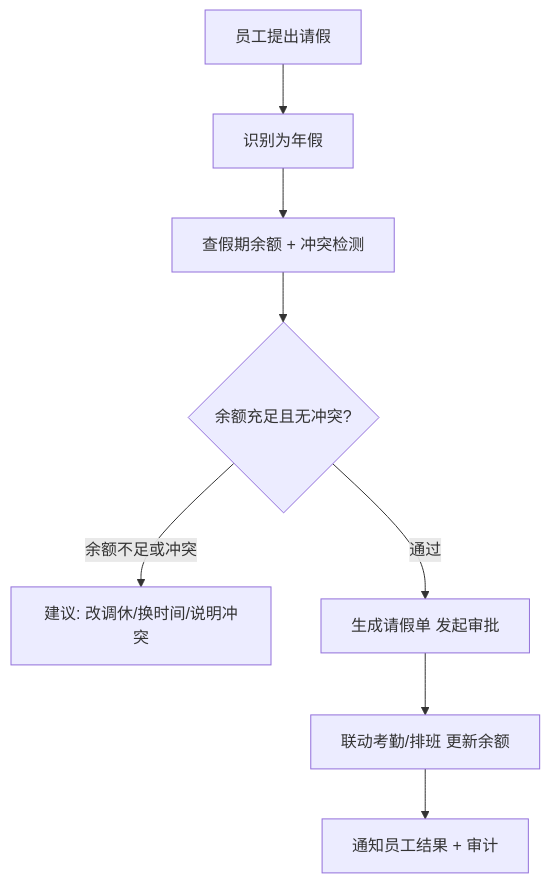
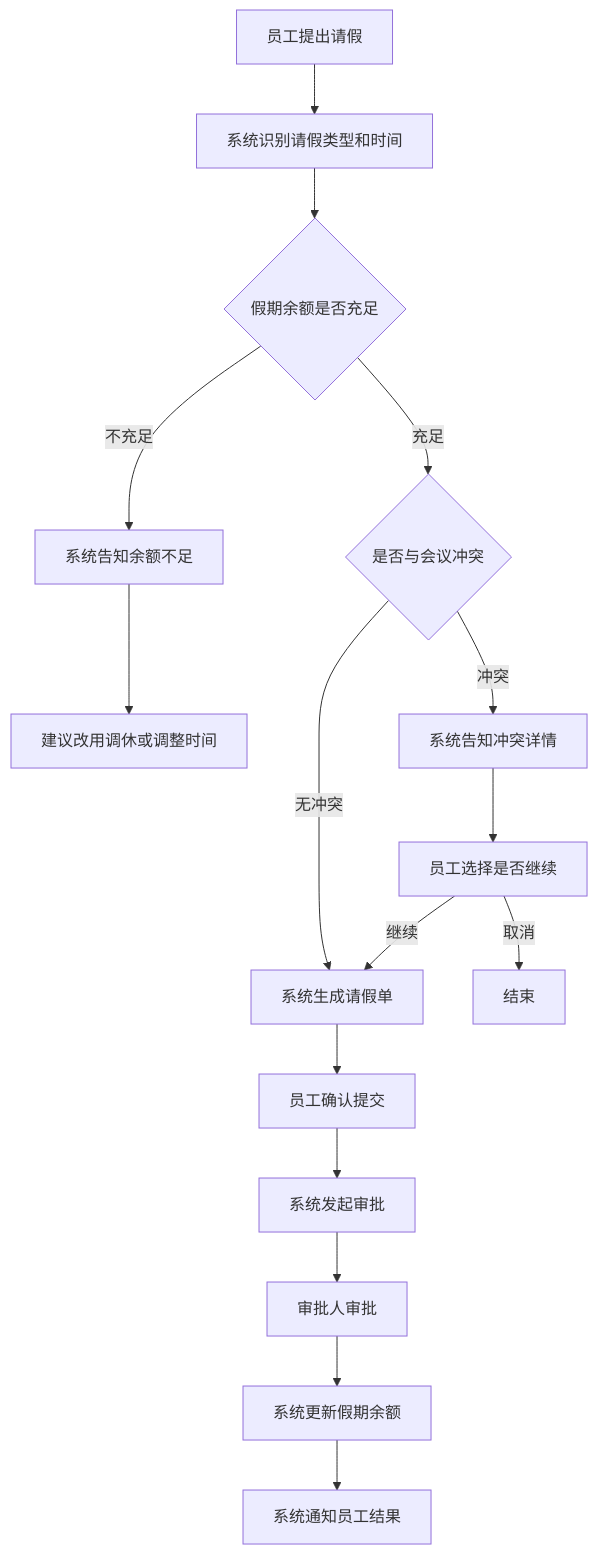
One commit to pretextQ/admin-agent changed the third of 4 diagrams in docs/行政智能系统需求文档.md. Above: the diagram before and after it, drawn with Mermaid. The commit also changed other lines of this file and 10 other files, not shown here.

````diff
--- a/docs/行政智能系统需求文档.md
+++ b/docs/行政智能系统需求文档.md
@@ -174,10 +148,18 @@
 ```mermaid
 flowchart TD
-    T1[员工提出请假] --> T2[识别为年假]
-    T2 --> T3[查假期余额 + 冲突检测]
-    T3 --> T4{余额充足且无冲突?}
-    T4 -- 余额不足或冲突 --> T5[建议: 改调休/换时间/说明冲突]
-    T4 -- 通过 --> T6[生成请假单 发起审批]
-    T6 --> T7[联动考勤/排班 更新余额]
-    T7 --> T8[通知员工结果 + 审计]
+    A[员工提出请假] --> B[系统识别请假类型和时间]
+    B --> C{假期余额是否充足}
+    C -- 不充足 --> D[系统告知余额不足]
+    D --> E[建议改用调休或调整时间]
+    C -- 充足 --> F{是否与会议冲突}
+    F -- 冲突 --> G[系统告知冲突详情]
+    G --> H[员工选择是否继续]
+    H -- 继续 --> I
+    H -- 取消 --> J[结束]
+    F -- 无冲突 --> I[系统生成请假单]
+    I --> K[员工确认提交]
+    K --> L[系统发起审批]
+    L --> M[审批人审批]
+    M --> N[系统更新假期余额]
+    N --> O[系统通知员工结果]
 ```
````
